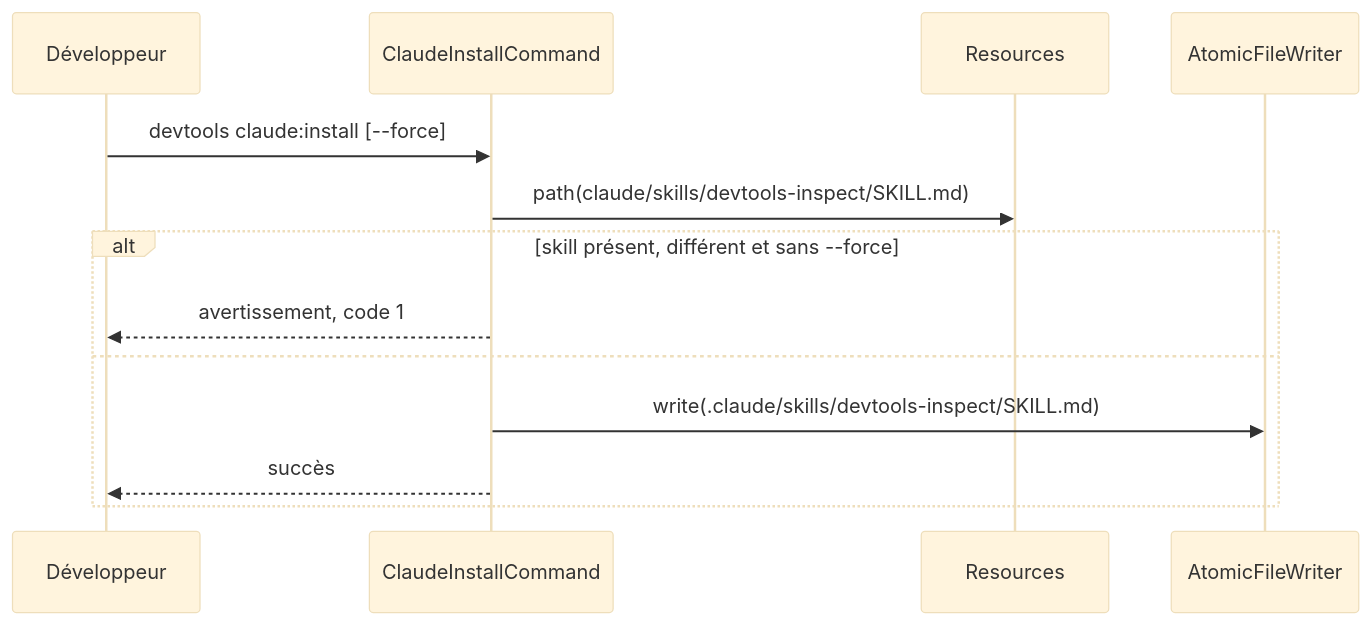
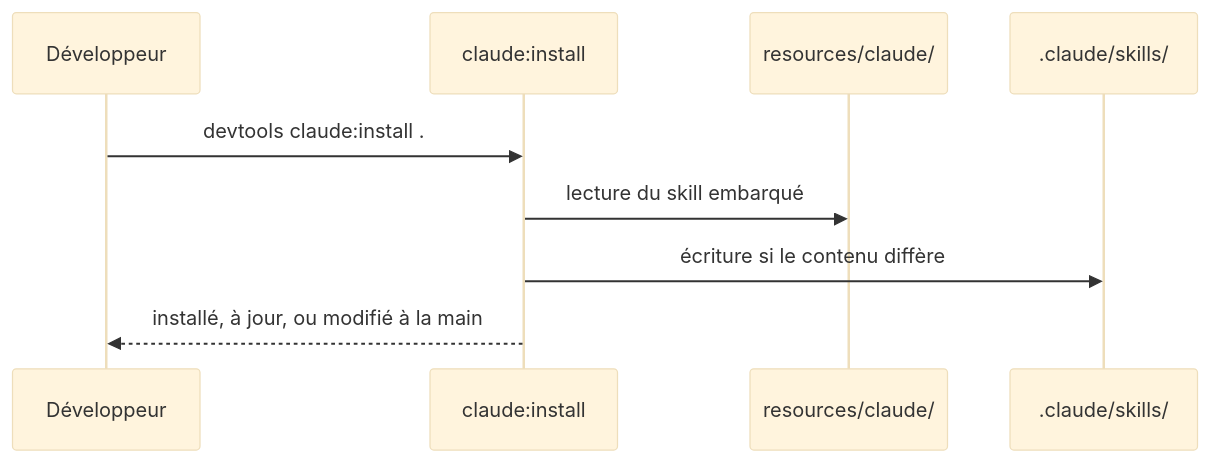
The first of 2 diagrams in docs/workflows/commands/claude.install.md (jul6art/devtools), drawn with Mermaid (base theme) before and after one commit. The commit also changed other lines of this file and 364 other files, not shown here.

````diff
--- a/docs/workflows/commands/claude.install.md
+++ b/docs/workflows/commands/claude.install.md
@@ -20,15 +18,11 @@
 ```mermaid
 sequenceDiagram
   participant U as Développeur
-  participant C as ClaudeInstallCommand
-  participant R as Resources
-  participant W as AtomicFileWriter
-  U->>C: devtools claude:install [--force]
-  C->>R: path(claude/skills/devtools-inspect/SKILL.md)
-  alt skill présent, différent et sans --force
-    C-->>U: avertissement, code 1
-  else
-    C->>W: write(.claude/skills/devtools-inspect/SKILL.md)
-    C-->>U: succès
-  end
+  participant C as claude:install
+  participant R as resources/claude/
+  participant P as .claude/skills/
+  U->>C: devtools claude:install .
+  C->>R: lecture du skill embarqué
+  C->>P: écriture si le contenu diffère
+  C-->>U: installé, à jour, ou modifié à la main
 ```
````
